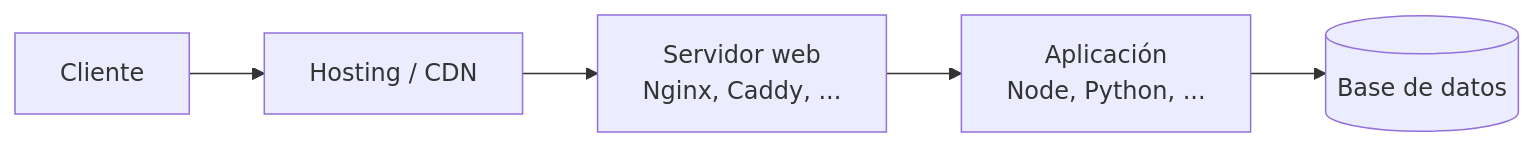
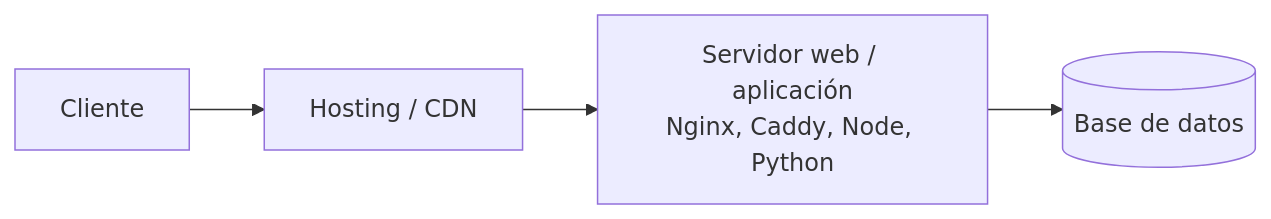
Before and after one commit to italovisconti/teoria-topicos: the second of 5 diagrams in Prog-Web/Unidad I - Cómo funciona la Web.md, drawn with Mermaid. The commit also changed other lines of this file and 2 other files, not shown here.

Commit message:
Actualizar Unidad I: servidor web, cascada de peticiones y acrónimos

````diff
--- a/Prog-Web/Unidad I - Cómo funciona la Web.md
+++ b/Prog-Web/Unidad I - Cómo funciona la Web.md
@@ -69,7 +70,6 @@
 ```mermaid
 flowchart LR
     C["Cliente"] --> H["Hosting / CDN"]
-    H --> W["Servidor web<br/>Nginx, Caddy, ..."]
-    W --> A["Aplicación<br/>Node, Python, ..."]
-    A --> D[("Base de datos")]
+    H --> W["Servidor web / aplicación<br/>Nginx, Caddy, Node, Python"]
+    W --> D[("Base de datos")]
 ```
````
